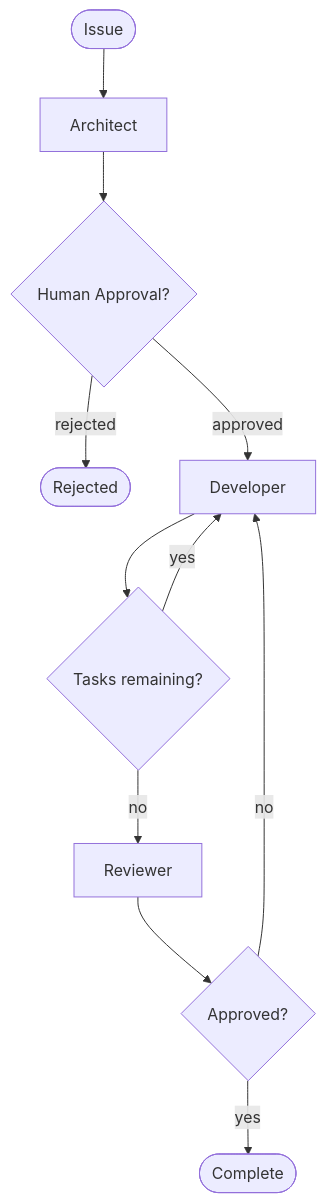
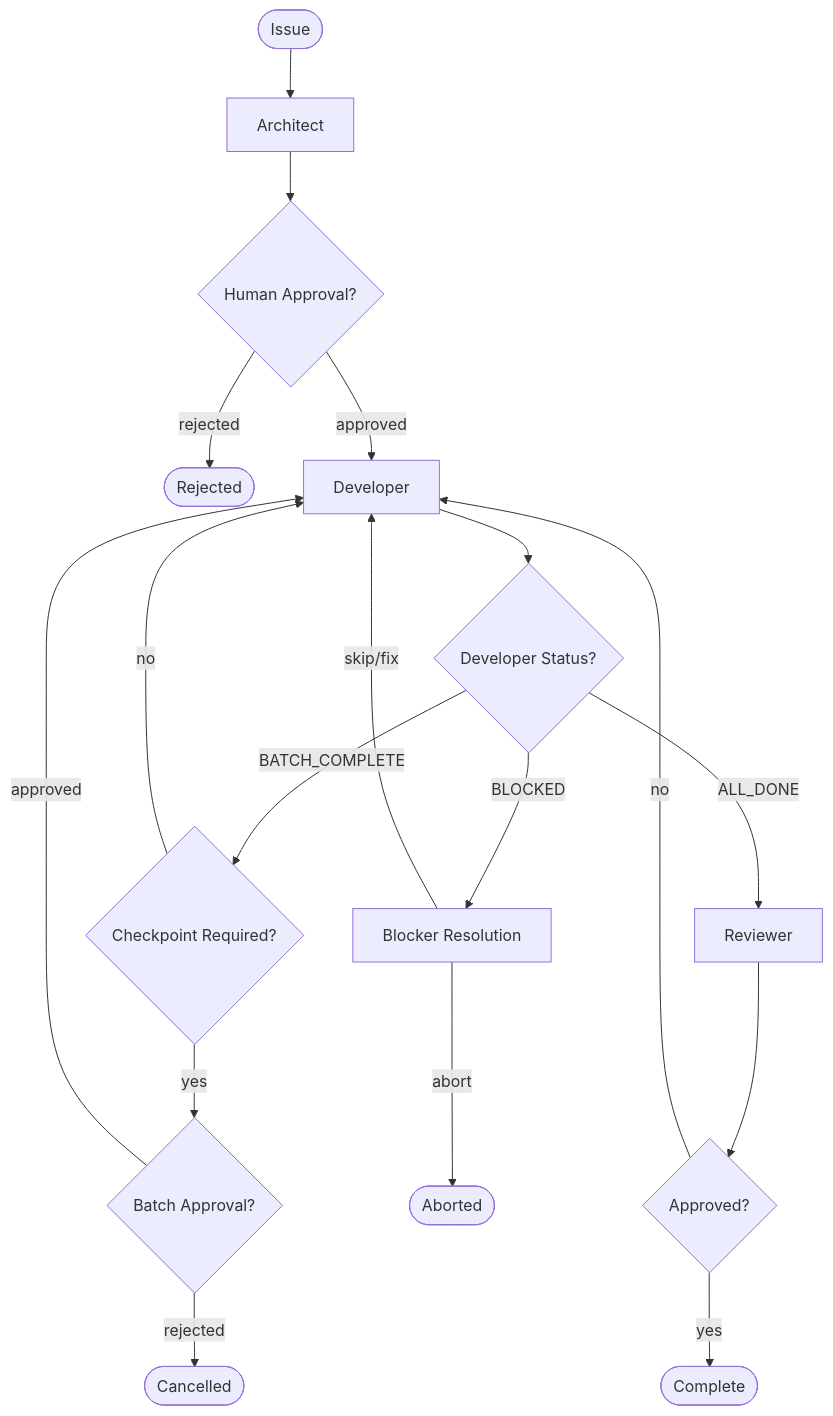
Before and after one commit to anderskev/amelia: the diagram in docs/site/architecture/concepts.md, drawn with Mermaid. The commit also changed other lines of this file and 7 other files, not shown here.

First line of the commit message:
docs: comprehensive architecture documentation update for batched execution model (#108)

````diff
--- a/docs/site/architecture/concepts.md
+++ b/docs/site/architecture/concepts.md
@@ -77,13 +77,20 @@
 ```mermaid
 flowchart TD
     Start([Issue]) --> Architect
     Architect --> Approval{Human Approval?}
     Approval -->|rejected| End1([Rejected])
     Approval -->|approved| Developer
-    Developer --> TaskCheck{Tasks remaining?}
-    TaskCheck -->|yes| Developer
-    TaskCheck -->|no| Reviewer
+    Developer --> StatusCheck{Developer Status?}
+    StatusCheck -->|BATCH_COMPLETE| CheckpointCheck{Checkpoint Required?}
+    CheckpointCheck -->|yes| BatchApproval{Batch Approval?}
+    CheckpointCheck -->|no| Developer
+    BatchApproval -->|approved| Developer
+    BatchApproval -->|rejected| End2([Cancelled])
+    StatusCheck -->|BLOCKED| BlockerRes[Blocker Resolution]
+    BlockerRes -->|skip/fix| Developer
+    BlockerRes -->|abort| End3([Aborted])
+    StatusCheck -->|ALL_DONE| Reviewer
     Reviewer --> ReviewCheck{Approved?}
     ReviewCheck -->|no| Developer
-    ReviewCheck -->|yes| End2([Complete])
+    ReviewCheck -->|yes| End4([Complete])
 ```
````
